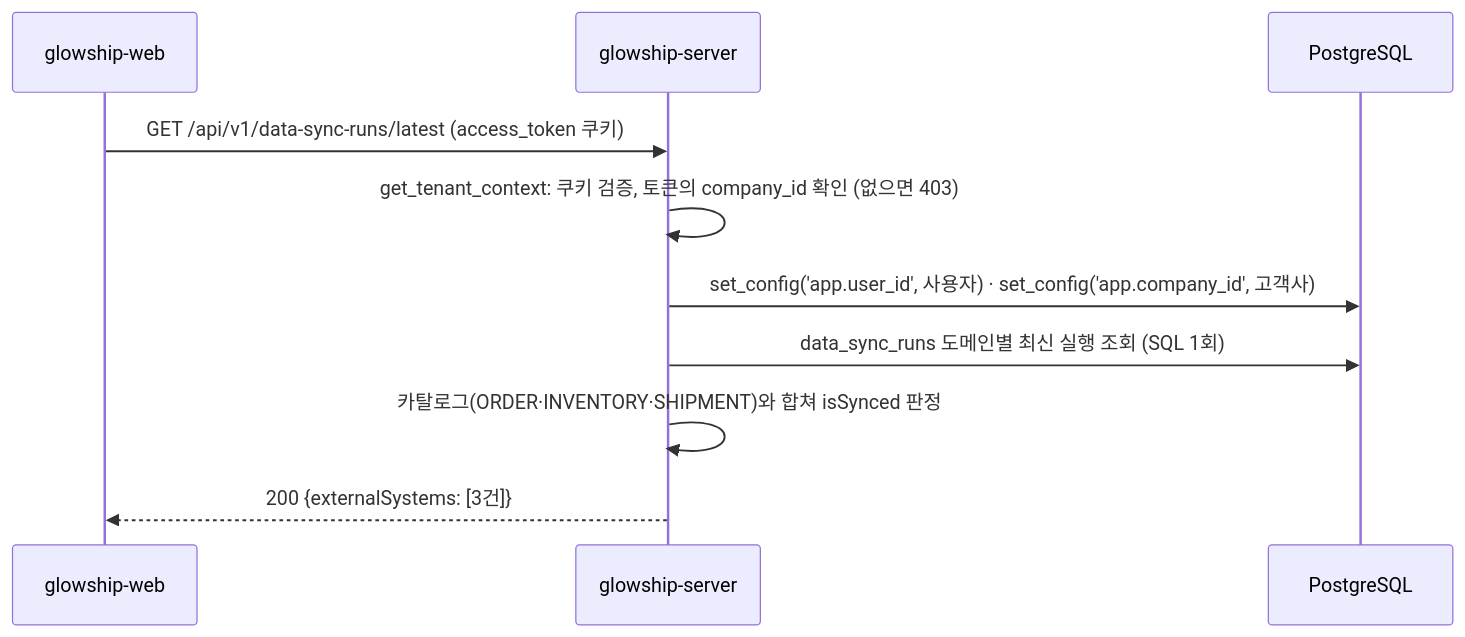
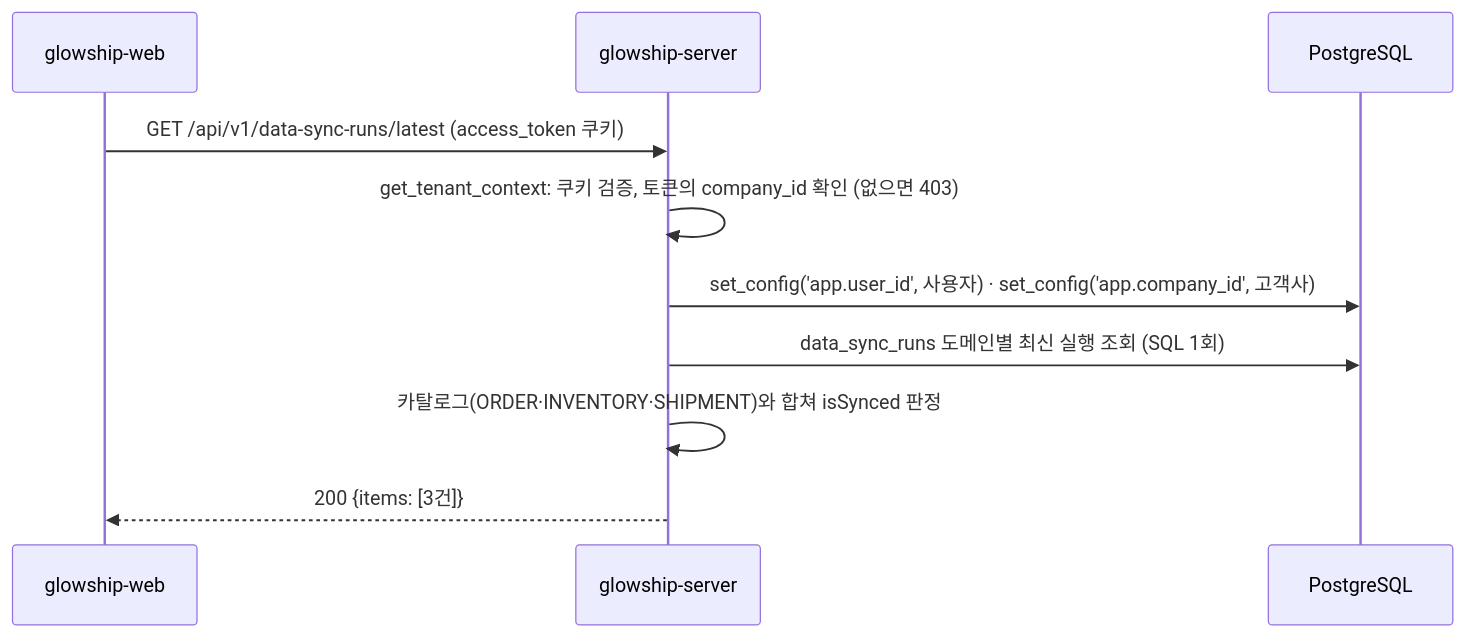
One commit to K-GlowShip/glowship-server changed the diagram in docs/data-sync/latest-sync-status.md. Above: the diagram before and after it, drawn with Mermaid. The commit also changed other lines of this file and 3 other files, not shown here.

````diff
--- a/docs/data-sync/latest-sync-status.md
+++ b/docs/data-sync/latest-sync-status.md
@@ -9,13 +9,13 @@
 ```mermaid
 sequenceDiagram
     participant W as glowship-web
     participant S as glowship-server
     participant DB as PostgreSQL
 
     W->>S: GET /api/v1/data-sync-runs/latest (access_token 쿠키)
     S->>S: get_tenant_context: 쿠키 검증, 토큰의 company_id 확인 (없으면 403)
     S->>DB: set_config('app.user_id', 사용자) · set_config('app.company_id', 고객사)
     S->>DB: data_sync_runs 도메인별 최신 실행 조회 (SQL 1회)
     S->>S: 카탈로그(ORDER·INVENTORY·SHIPMENT)와 합쳐 isSynced 판정
-    S-->>W: 200 {externalSystems: [3건]}
+    S-->>W: 200 {items: [3건]}
 ```
````
